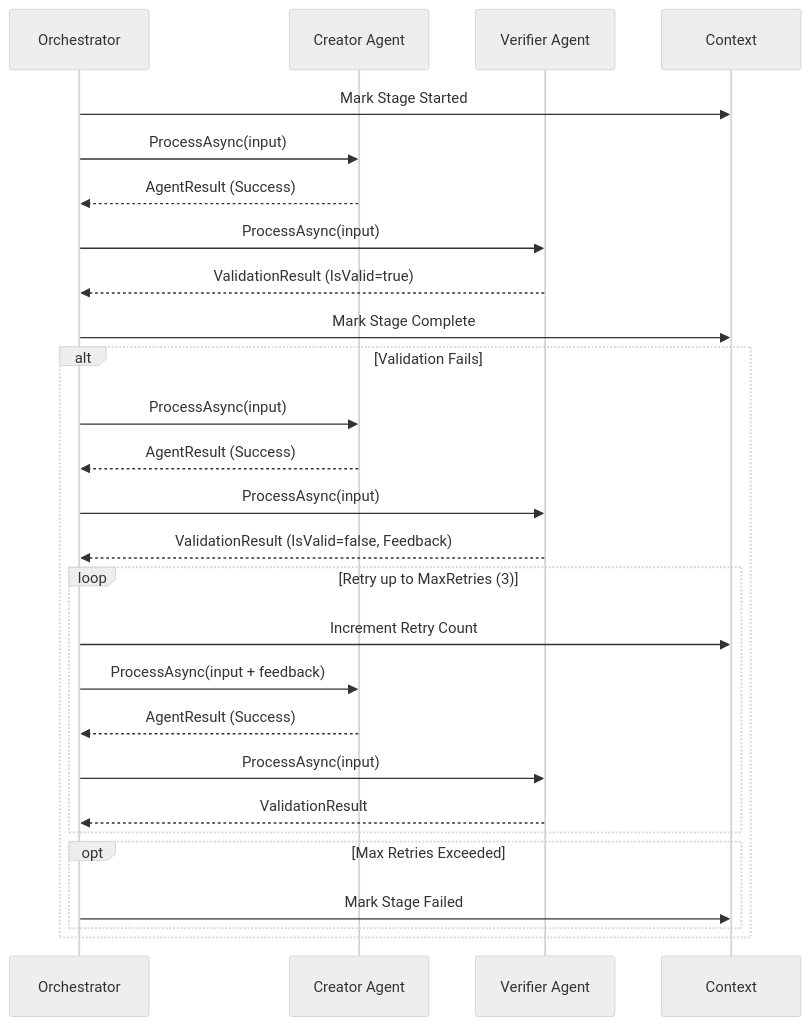
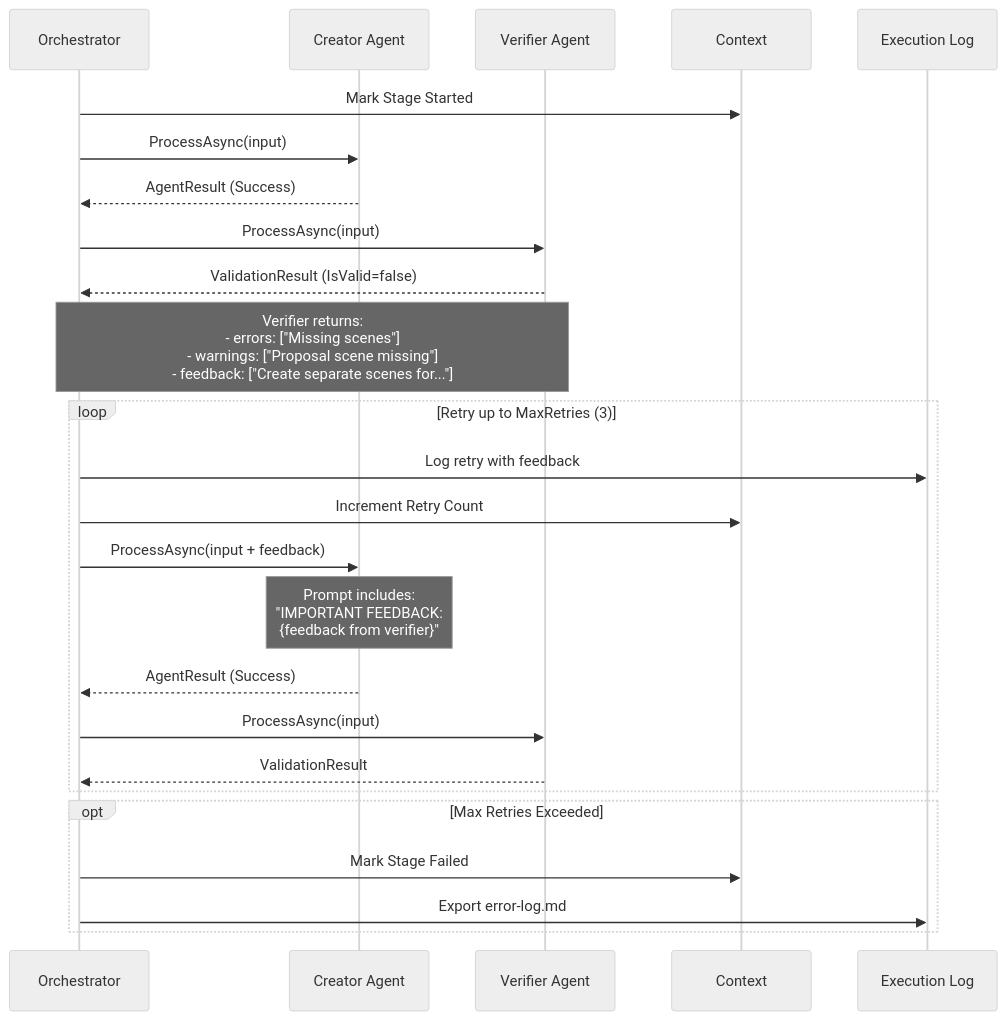
One commit to manojbhatty/AIScriptToMediaDotNet changed the second of 2 diagrams in docs/adr/ADR-007-orchestrator.md. Above: the diagram before and after it, drawn with Mermaid (neutral theme). The commit also changed other lines of this file and 2 other files, not shown here.

Commit message:
Update documentation for feedback mechanism and verifier requirements

````diff
--- a/docs/adr/ADR-007-orchestrator.md
+++ b/docs/adr/ADR-007-orchestrator.md
@@ -153,33 +153,31 @@
 ```mermaid
 sequenceDiagram
     participant O as Orchestrator
     participant C as Creator Agent
     participant V as Verifier Agent
     participant CTX as Context
+    participant LOG as Execution Log
 
     O->>CTX: Mark Stage Started
     O->>C: ProcessAsync(input)
     C-->>O: AgentResult (Success)
     O->>V: ProcessAsync(input)
-    V-->>O: ValidationResult (IsValid=true)
-    O->>CTX: Mark Stage Complete
-
-    alt Validation Fails
-        O->>C: ProcessAsync(input)
+    V-->>O: ValidationResult (IsValid=false)
+    
+    Note over V,O: Verifier returns:<br/>- errors: ["Missing scenes"]<br/>- warnings: ["Proposal scene missing"]<br/>- feedback: ["Create separate scenes for..."]
+    
+    loop Retry up to MaxRetries (3)
+        O->>LOG: Log retry with feedback
+        O->>CTX: Increment Retry Count
+        O->>C: ProcessAsync(input + feedback)
+        Note over C: Prompt includes:<br/>"IMPORTANT FEEDBACK:<br/>{feedback from verifier}"
         C-->>O: AgentResult (Success)
         O->>V: ProcessAsync(input)
-        V-->>O: ValidationResult (IsValid=false, Feedback)
-        
-        loop Retry up to MaxRetries (3)
-            O->>CTX: Increment Retry Count
-            O->>C: ProcessAsync(input + feedback)
-            C-->>O: AgentResult (Success)
-            O->>V: ProcessAsync(input)
-            V-->>O: ValidationResult
-        end
+        V-->>O: ValidationResult
+    end
 
-        opt Max Retries Exceeded
-            O->>CTX: Mark Stage Failed
-        end
+    opt Max Retries Exceeded
+        O->>CTX: Mark Stage Failed
+        O->>LOG: Export error-log.md
     end
 ```
````
